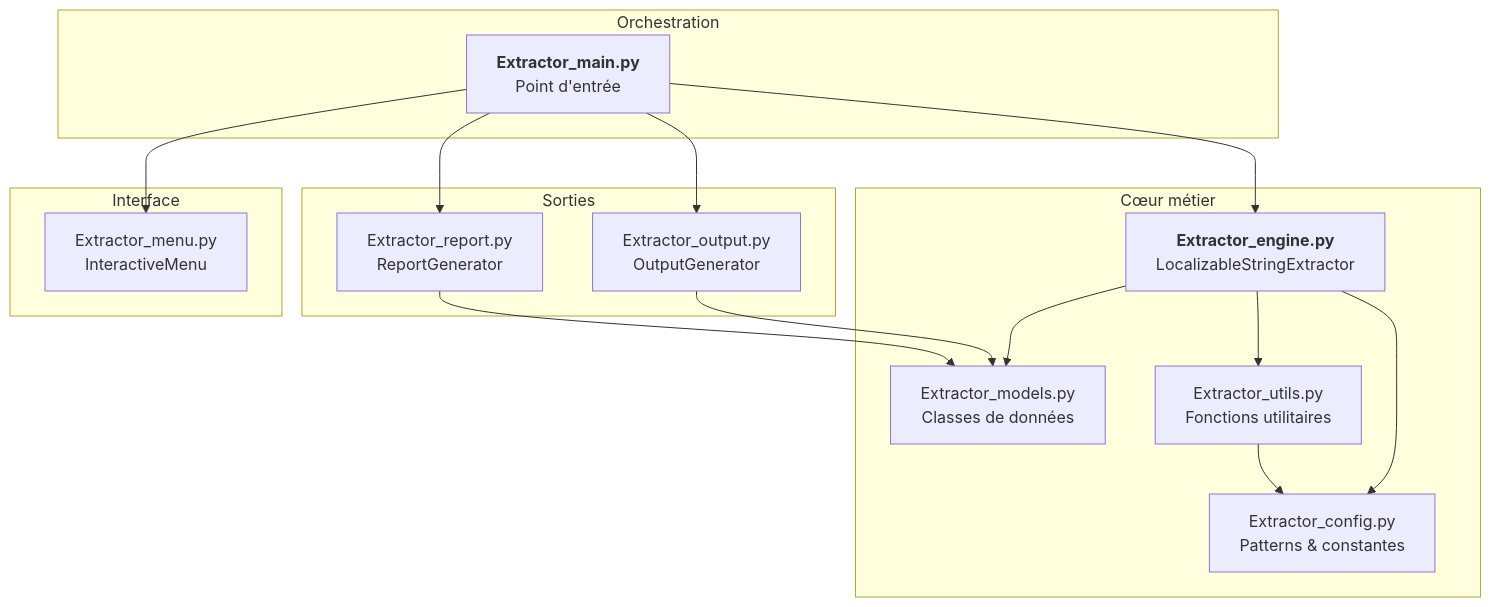
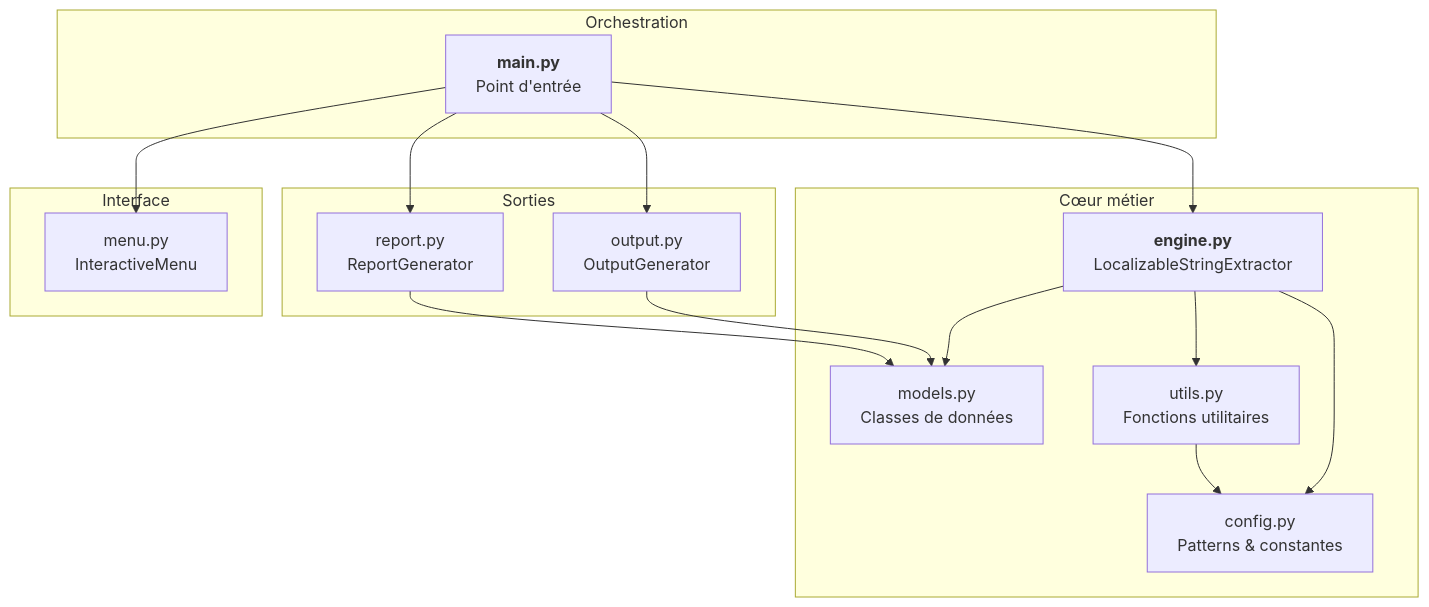
Before and after one commit to Gotcha26/Adobe_Lightroom_Translation_Plugins_Kit: the third of 7 diagrams in tools/extractor/__doc__/fr/Lisez-moi.md, drawn with Mermaid. The commit also changed other lines of this file and 28 other files, not shown here.

````diff
--- a/tools/extractor/__doc__/fr/Lisez-moi.md
+++ b/tools/extractor/__doc__/fr/Lisez-moi.md
@@ -301,36 +301,36 @@
 ```mermaid
 flowchart TB
     subgraph Orchestration
-        MAIN["<b>Extractor_main.py</b><br/>Point d'entrée"]
+        MAIN["<b>main.py</b><br/>Point d'entrée"]
     end
 
     subgraph Coeur["Cœur métier"]
-        ENGINE["<b>Extractor_engine.py</b><br/>LocalizableStringExtractor"]
-        CONFIG["Extractor_config.py<br/>Patterns & constantes"]
-        MODELS["Extractor_models.py<br/>Classes de données"]
-        UTILS["Extractor_utils.py<br/>Fonctions utilitaires"]
+        ENGINE["<b>engine.py</b><br/>LocalizableStringExtractor"]
+        CONFIG["config.py<br/>Patterns & constantes"]
+        MODELS["models.py<br/>Classes de données"]
+        UTILS["utils.py<br/>Fonctions utilitaires"]
     end
 
     subgraph Sorties
-        OUTPUT["Extractor_output.py<br/>OutputGenerator"]
-        REPORT["Extractor_report.py<br/>ReportGenerator"]
+        OUTPUT["output.py<br/>OutputGenerator"]
+        REPORT["report.py<br/>ReportGenerator"]
     end
 
     subgraph Interface
-        MENU["Extractor_menu.py<br/>InteractiveMenu"]
+        MENU["menu.py<br/>InteractiveMenu"]
     end
 
     MAIN --> ENGINE
     MAIN --> OUTPUT
     MAIN --> REPORT
     MAIN --> MENU
 
     ENGINE --> CONFIG
     ENGINE --> MODELS
     ENGINE --> UTILS
 
     OUTPUT --> MODELS
     REPORT --> MODELS
 
     UTILS --> CONFIG
 ```
````
